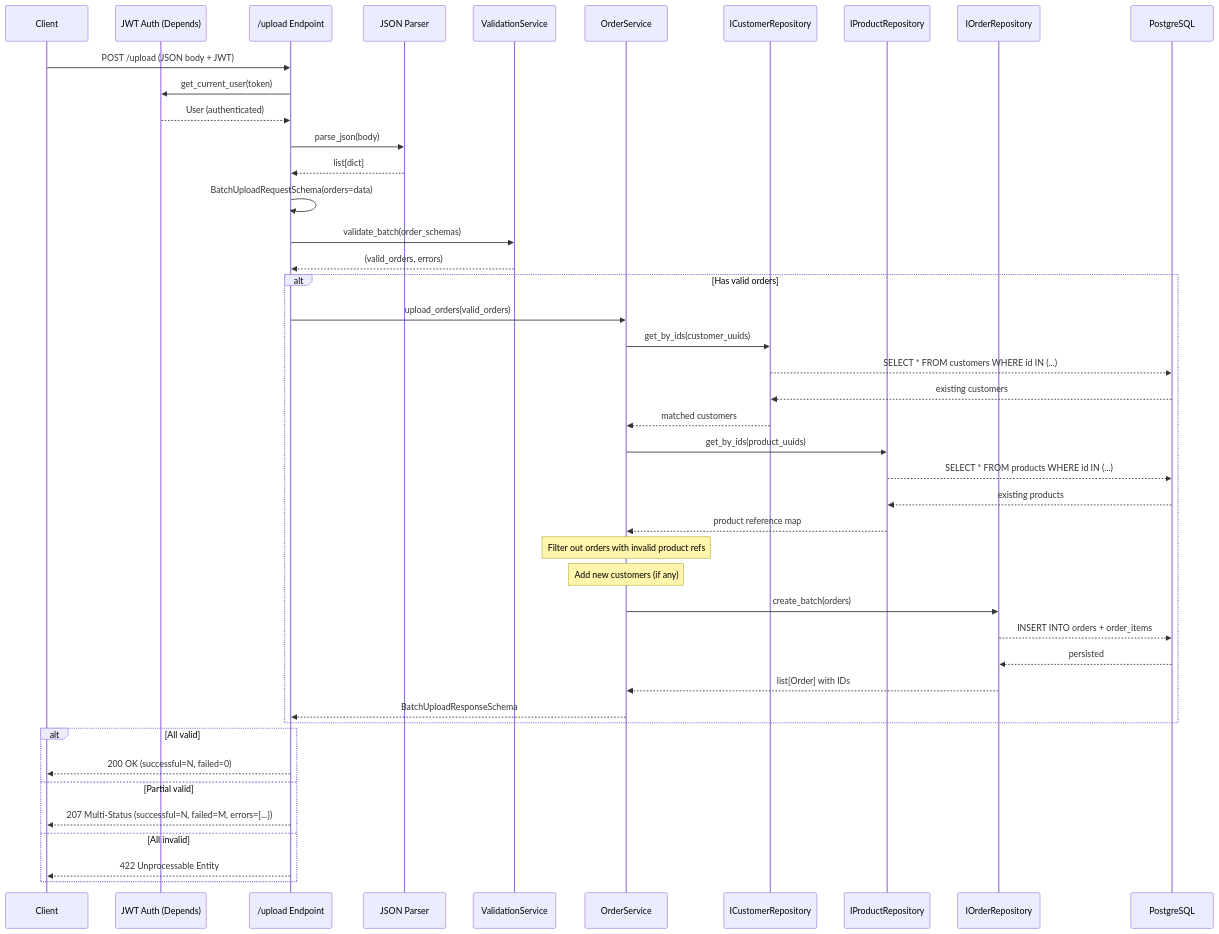
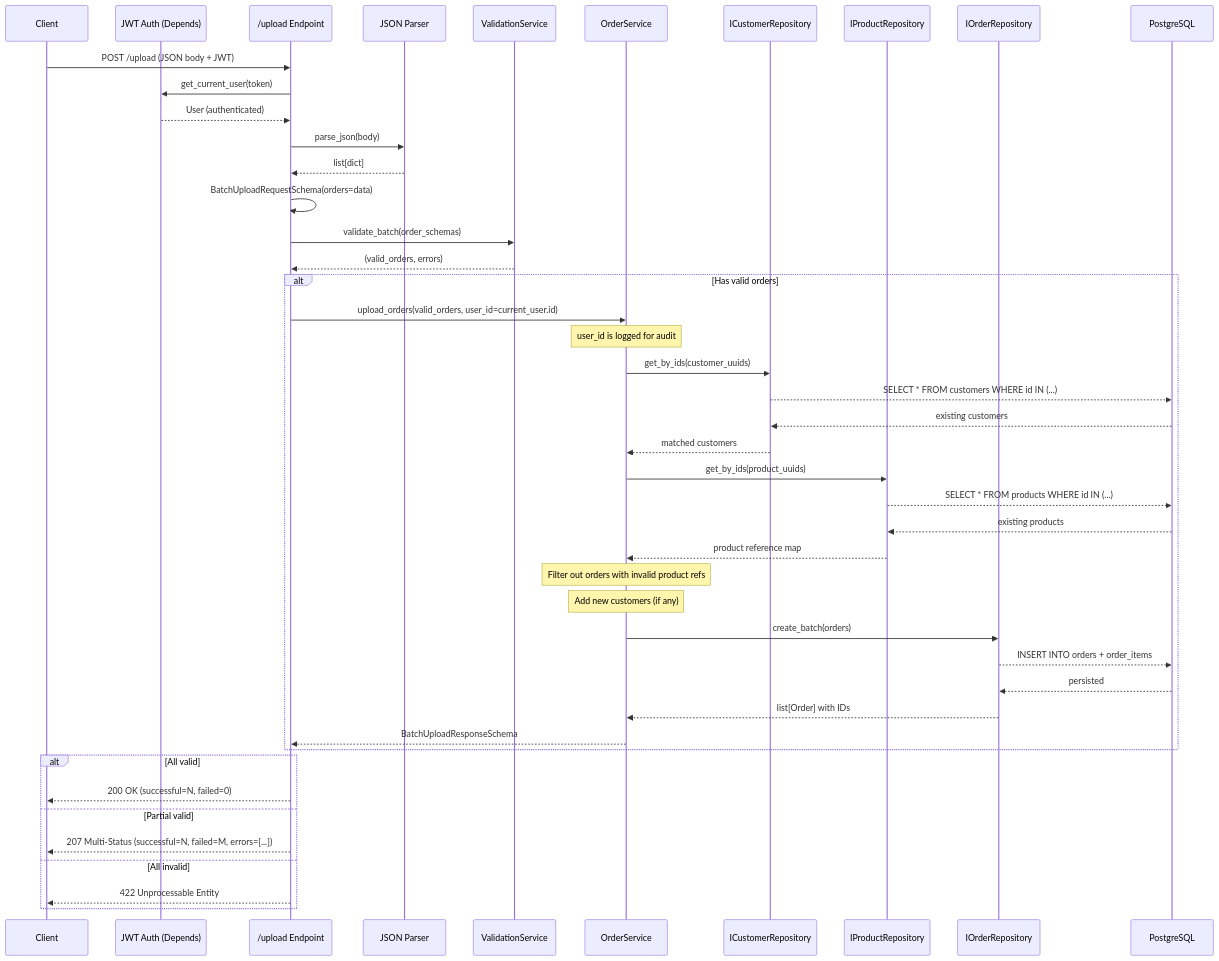
Before and after one commit to Fisherk2/api-csv-bulk-import: the second of 4 diagrams in specs/P4-UPLOAD-SLICE.md, drawn with Mermaid. The commit also changed other lines of this file and 2 other files, not shown here.

````diff
--- a/specs/P4-UPLOAD-SLICE.md
+++ b/specs/P4-UPLOAD-SLICE.md
@@ -1318,56 +1327,57 @@
 ```mermaid
 sequenceDiagram
     participant Client as Client
     participant Auth as JWT Auth (Depends)
     participant Endpoint as /upload Endpoint
     participant Parser as JSON Parser
     participant Validation as ValidationService
     participant Service as OrderService
     participant CustRepo as ICustomerRepository
     participant ProdRepo as IProductRepository
     participant OrderRepo as IOrderRepository
     participant DB as PostgreSQL
 
     Client->>Endpoint: POST /upload (JSON body + JWT)
     Endpoint->>Auth: get_current_user(token)
     Auth-->>Endpoint: User (authenticated)
 
     Endpoint->>Parser: parse_json(body)
     Parser-->>Endpoint: list[dict]
 
     Endpoint->>Endpoint: BatchUploadRequestSchema(orders=data)
     Endpoint->>Validation: validate_batch(order_schemas)
     Validation-->>Endpoint: (valid_orders, errors)
 
     alt Has valid orders
-        Endpoint->>Service: upload_orders(valid_orders)
+        Endpoint->>Service: upload_orders(valid_orders, user_id=current_user.id)
+        Note over Service: user_id is logged for audit
         
         Service->>CustRepo: get_by_ids(customer_uuids)
         CustRepo-->>DB: SELECT * FROM customers WHERE id IN (...)
         DB-->>CustRepo: existing customers
         CustRepo-->>Service: matched customers
         
         Service->>ProdRepo: get_by_ids(product_uuids)
         ProdRepo-->>DB: SELECT * FROM products WHERE id IN (...)
         DB-->>ProdRepo: existing products
         ProdRepo-->>Service: product reference map
         
         Note over Service: Filter out orders with invalid product refs
         Note over Service: Add new customers (if any)
         
         Service->>OrderRepo: create_batch(orders)
         OrderRepo-->>DB: INSERT INTO orders + order_items
         DB-->>OrderRepo: persisted
         OrderRepo-->>Service: list[Order] with IDs
 
         Service-->>Endpoint: BatchUploadResponseSchema
     end
 
     alt All valid
         Endpoint-->>Client: 200 OK (successful=N, failed=0)
     else Partial valid
         Endpoint-->>Client: 207 Multi-Status (successful=N, failed=M, errors=[...])
     else All invalid
         Endpoint-->>Client: 422 Unprocessable Entity
     end
 ```
````
